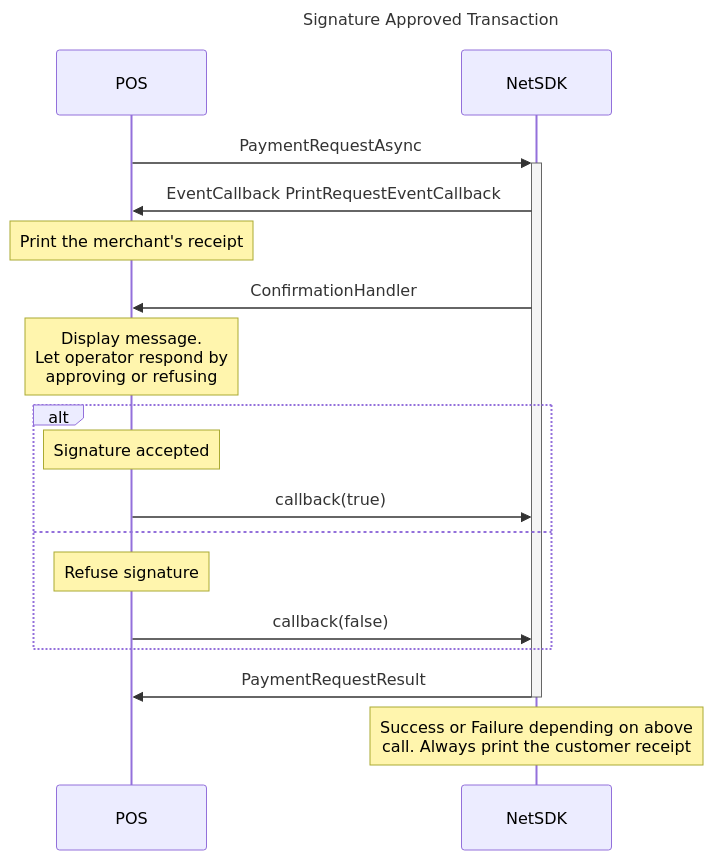
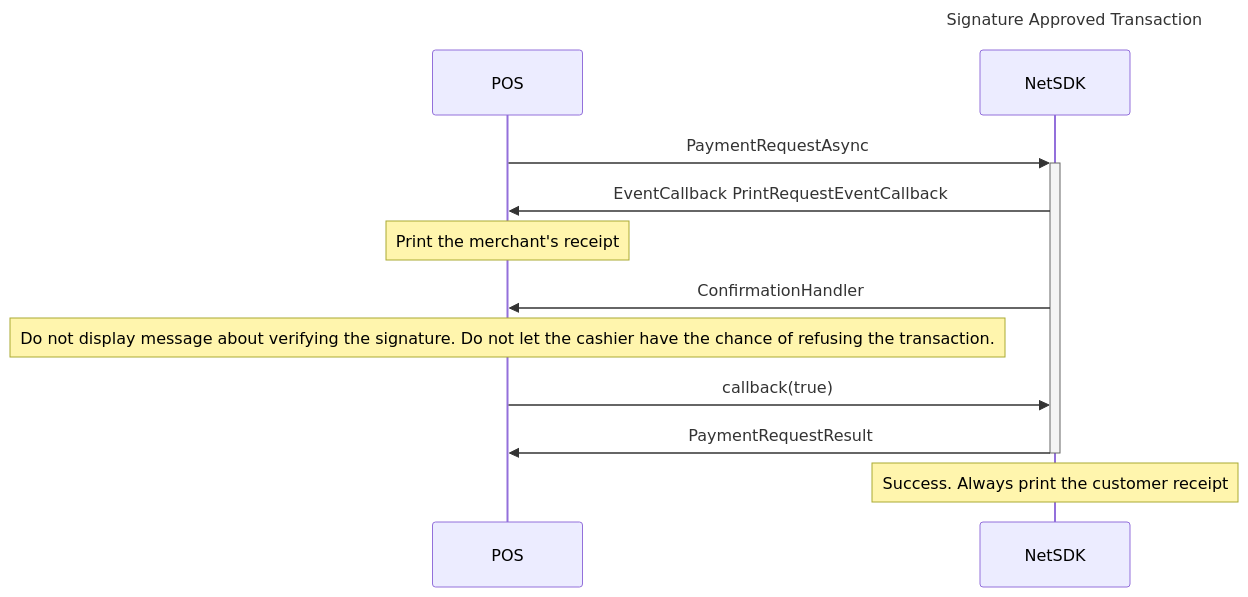
The diagram in pax-terminal/NET/tutorial/cvm-signature.md (SwedbankPay/developer.swedbankpay.com), drawn with Mermaid before and after one commit. The commit also changed other lines of this file and 2 other files, not shown here.

Commit message:
white space

````diff
--- a/pax-terminal/NET/tutorial/cvm-signature.md
+++ b/pax-terminal/NET/tutorial/cvm-signature.md
@@ -15,21 +17,15 @@
 ```mermaid
 sequenceDiagram
 title: Signature Approved Transaction
 participant POS
 participant NetSDK
 
 POS->>+NetSDK: PaymentRequestAsync
 NetSDK->>POS: EventCallback PrintRequestEventCallback
 Note over POS: Print the merchant's receipt
 NetSDK->>POS: ConfirmationHandler
-Note over POS: Display message.<br>Let operator respond by<br>approving or refusing
-alt
-  Note over POS: Signature accepted
-  POS->>NetSDK: callback(true)
-else
-  Note over POS: Refuse signature
-  POS->>NetSDK: callback(false)
-end
+Note over POS: Do not display message about verifying the signature. Do not let the cashier have the chance of refusing the transaction.
+POS->>NetSDK: callback(true)
 NetSDK->>-POS: PaymentRequestResult
-Note over NetSDK: Success or Failure depending on above<br>call. Always print the customer receipt
+Note over NetSDK: Success. Always print the customer receipt
 ```
````
